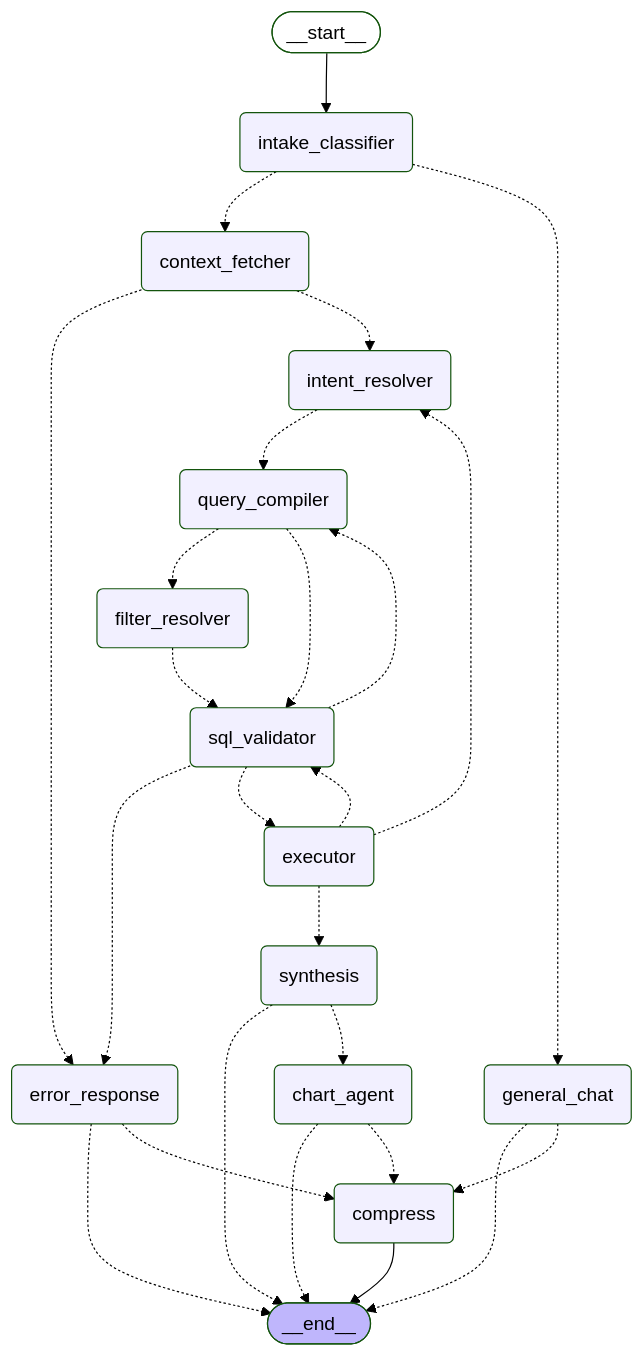
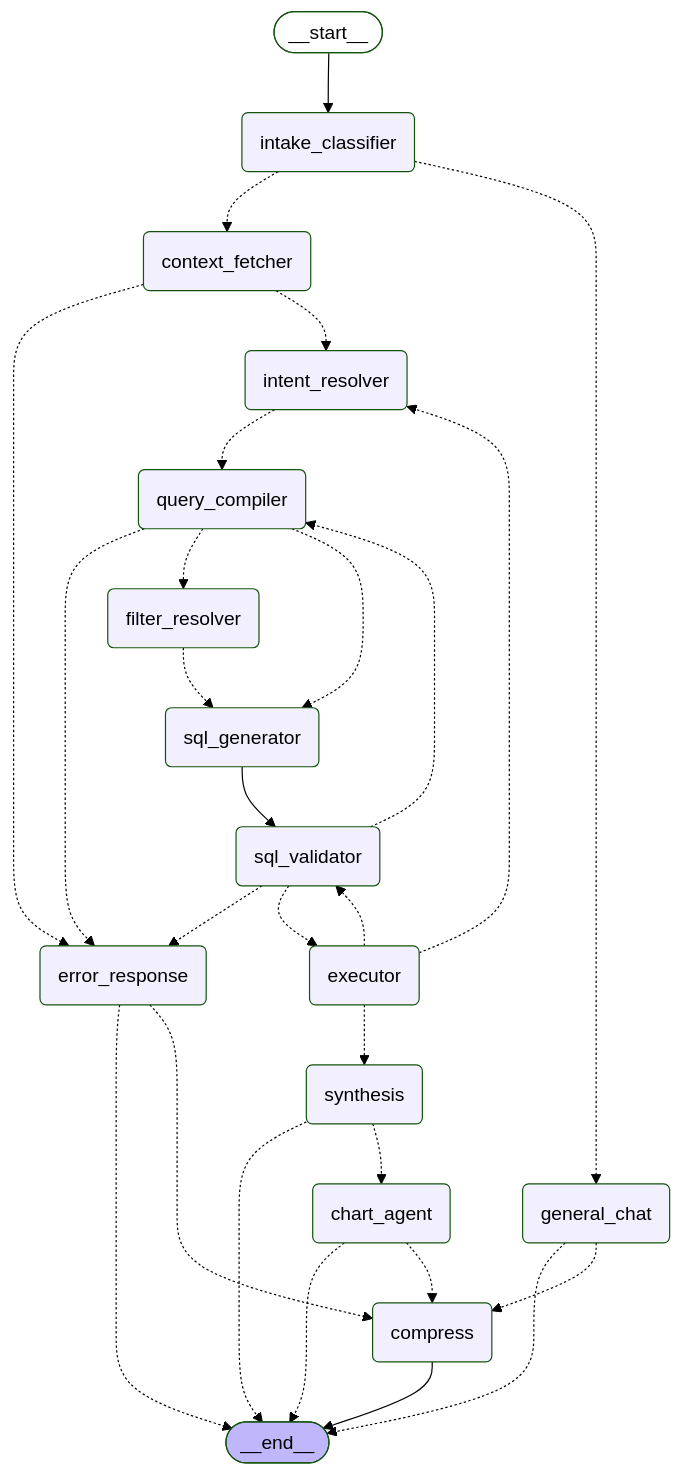
The diagram in assets/analytics_graph.mmd (mayankdas2005/MTI-Brain), drawn with Mermaid (forest theme) before and after one commit. The commit also changed 35 other files, not shown here.

```diff
--- a/assets/analytics_graph.mmd
+++ b/assets/analytics_graph.mmd
@@ -1,42 +1,45 @@
 graph TD;
 	__start__([<p>__start__</p>]):::first
 	intake_classifier(intake_classifier)
 	general_chat(general_chat)
 	context_fetcher(context_fetcher)
 	intent_resolver(intent_resolver)
 	query_compiler(query_compiler)
 	filter_resolver(filter_resolver)
+	sql_generator(sql_generator)
 	sql_validator(sql_validator)
 	executor(executor)
 	synthesis(synthesis)
 	chart_agent(chart_agent)
 	error_response(error_response)
 	compress(compress)
 	__end__([<p>__end__</p>]):::last
 	__start__ --> intake_classifier;
 	chart_agent -.-> __end__;
 	chart_agent -.-> compress;
 	context_fetcher -.-> error_response;
 	context_fetcher -.-> intent_resolver;
 	error_response -.-> __end__;
 	error_response -.-> compress;
 	executor -.-> intent_resolver;
 	executor -.-> sql_validator;
 	executor -.-> synthesis;
-	filter_resolver -.-> sql_validator;
+	filter_resolver -.-> sql_generator;
 	general_chat -.-> __end__;
 	general_chat -.-> compress;
 	intake_classifier -.-> context_fetcher;
 	intake_classifier -.-> general_chat;
 	intent_resolver -.-> query_compiler;
+	query_compiler -.-> error_response;
 	query_compiler -.-> filter_resolver;
-	query_compiler -.-> sql_validator;
+	query_compiler -.-> sql_generator;
+	sql_generator --> sql_validator;
 	sql_validator -.-> error_response;
 	sql_validator -.-> executor;
 	sql_validator -.-> query_compiler;
 	synthesis -.-> __end__;
 	synthesis -.-> chart_agent;
 	compress --> __end__;
 	classDef default fill:#f2f0ff,line-height:1.2
 	classDef first fill-opacity:0
 	classDef last fill:#bfb6fc
```
